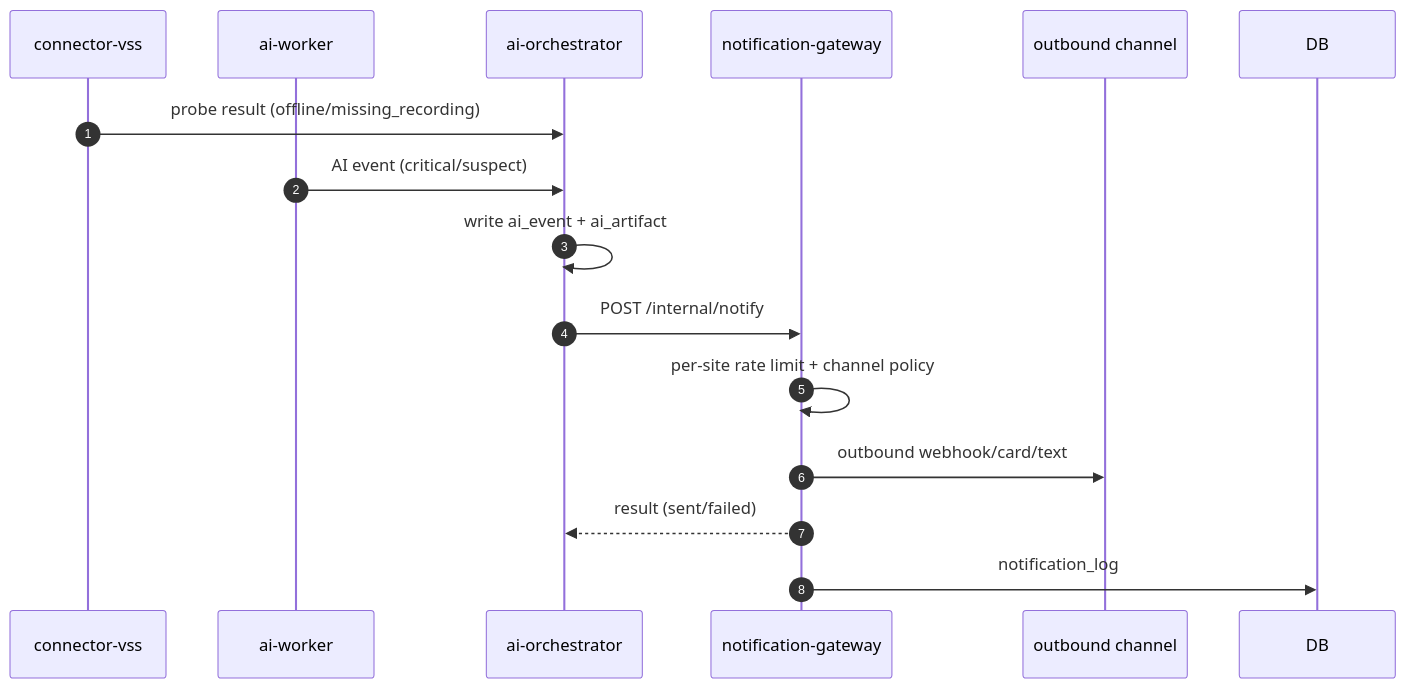
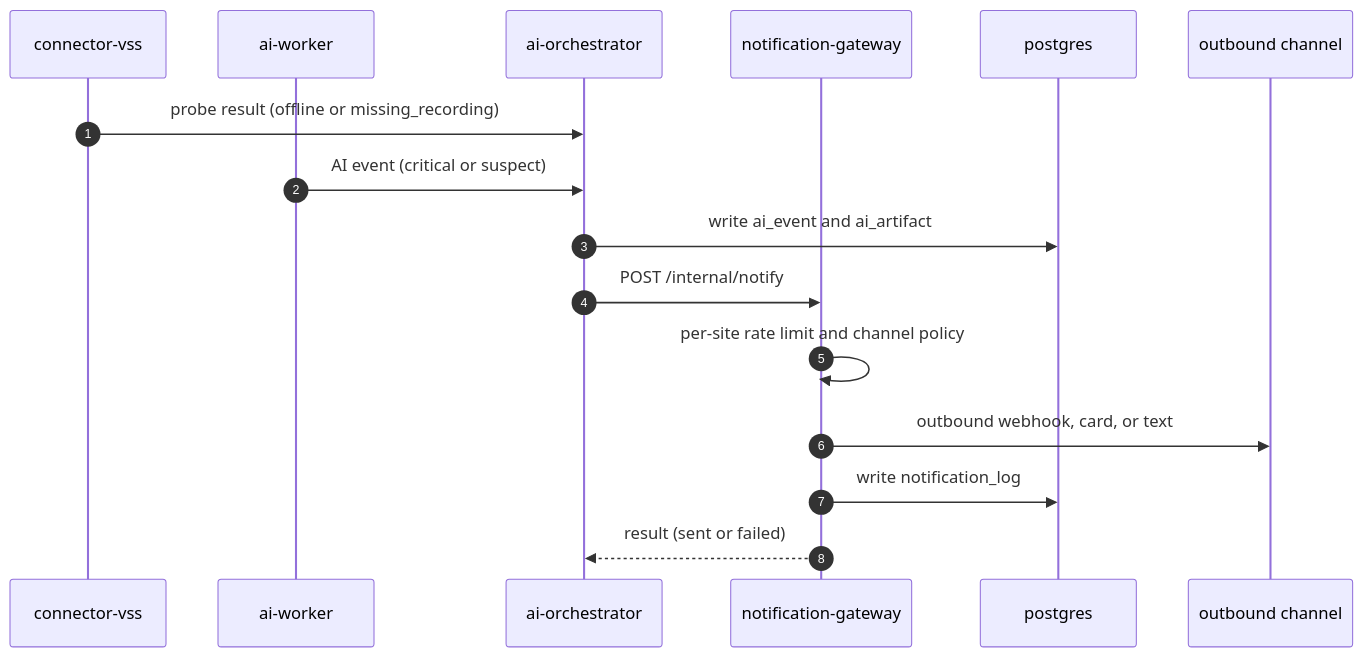
One commit to evernet365-ops/VMM-VSCODE-01 changed the first of 3 diagrams in ARCHITECTURE.md. Above: the diagram before and after it, drawn with Mermaid. The commit also changed other lines of this file, not shown here.

Commit message:
docs: normalize architecture text and add logical er diagram

````diff
--- a/ARCHITECTURE.md
+++ b/ARCHITECTURE.md
@@ -71,18 +71,19 @@
 ```mermaid
 sequenceDiagram
     autonumber
     participant VSS as connector-vss
     participant AIW as ai-worker
     participant AIO as ai-orchestrator
     participant NGW as notification-gateway
+    participant DB as postgres
     participant CH as outbound channel
 
-    VSS->>AIO: probe result (offline/missing_recording)
-    AIW->>AIO: AI event (critical/suspect)
-    AIO->>AIO: write ai_event + ai_artifact
+    VSS->>AIO: probe result (offline or missing_recording)
+    AIW->>AIO: AI event (critical or suspect)
+    AIO->>DB: write ai_event and ai_artifact
     AIO->>NGW: POST /internal/notify
-    NGW->>NGW: per-site rate limit + channel policy
-    NGW->>CH: outbound webhook/card/text
-    NGW-->>AIO: result (sent/failed)
-    NGW->>DB: notification_log
+    NGW->>NGW: per-site rate limit and channel policy
+    NGW->>CH: outbound webhook, card, or text
+    NGW->>DB: write notification_log
+    NGW-->>AIO: result (sent or failed)
 ```
````
